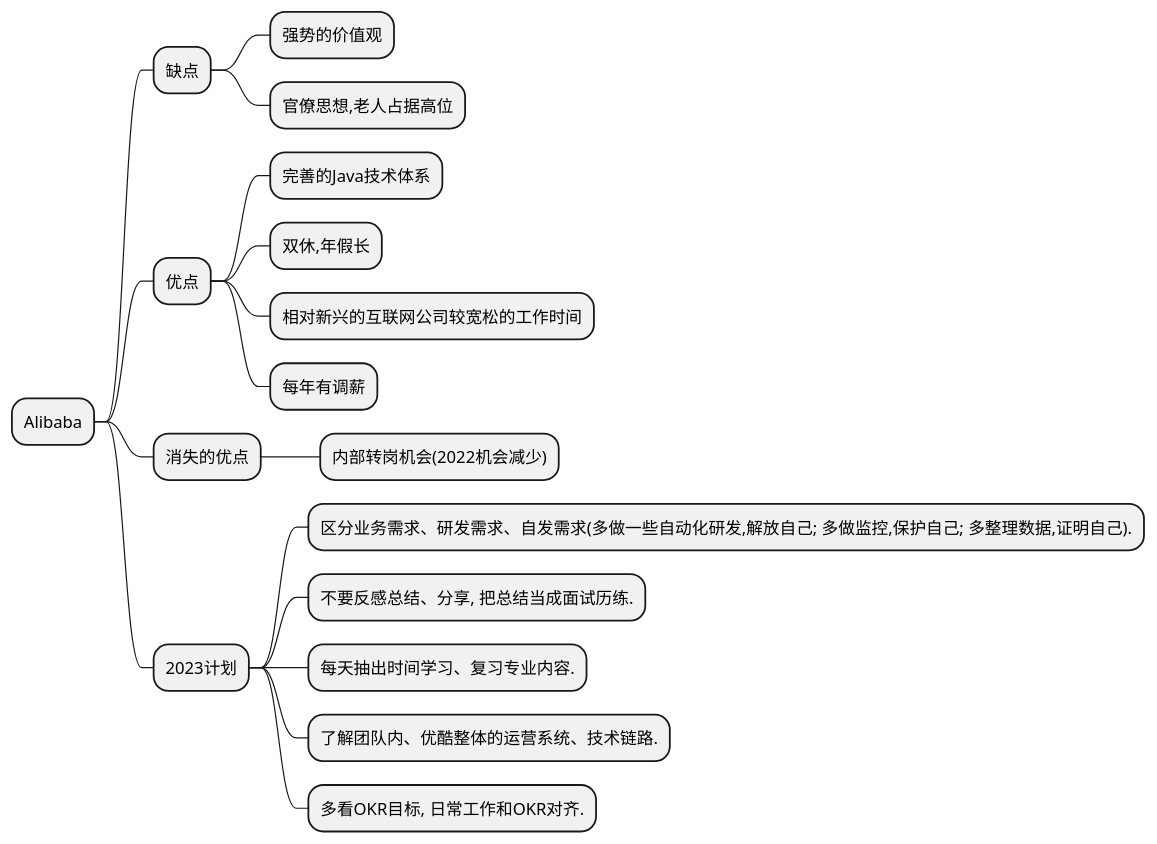
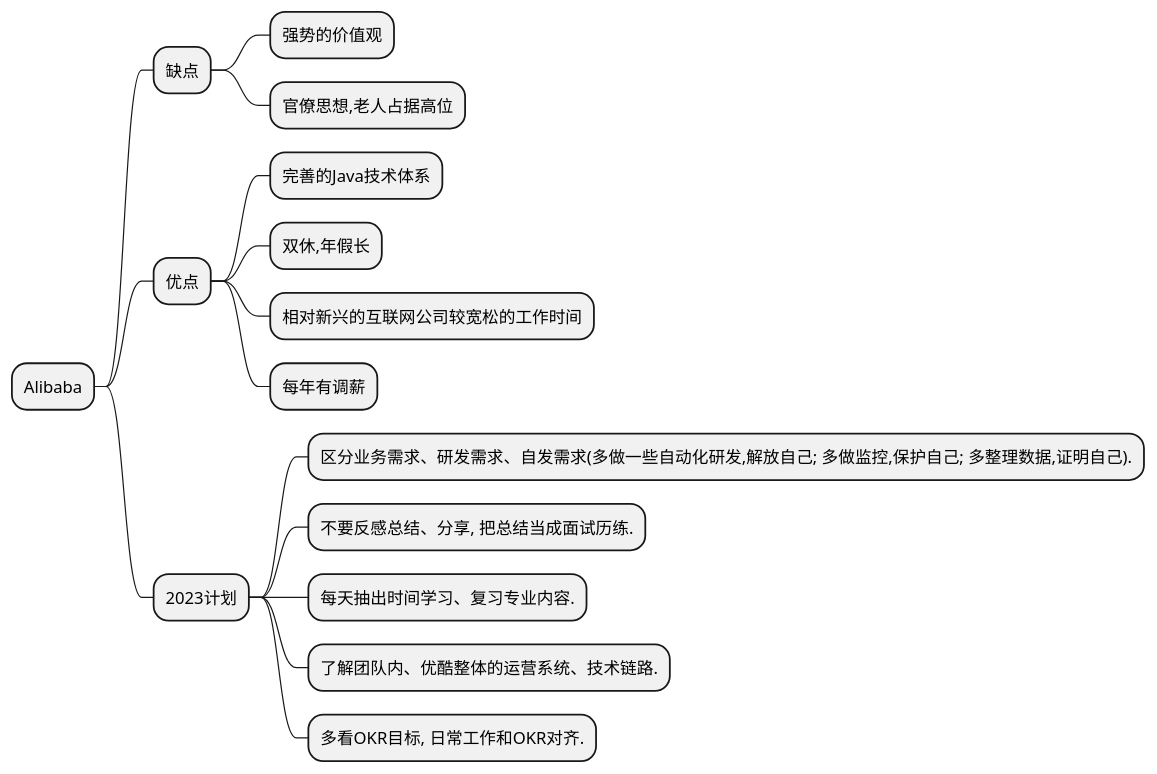
One commit to Huang2070/alpha-centauri-c changed the diagram in 总结/工作.plantuml. Above: the diagram before and after it, drawn with PlantUML. The commit also changed 5 other files, not shown here.

```diff
--- a/总结/工作.plantuml
+++ b/总结/工作.plantuml
@@ -1,24 +1,22 @@
 @startmindmap alibaba
 * Alibaba
 ** 缺点
 *** 强势的价值观
 *** 官僚思想,老人占据高位
 
 
 ** 优点
 *** 完善的Java技术体系
 *** 双休,年假长
 *** 相对新兴的互联网公司较宽松的工作时间
 *** 每年有调薪
 
-** 消失的优点
-*** 内部转岗机会(2022机会减少)
 
 ** 2023计划
 *** 区分业务需求、研发需求、自发需求(多做一些自动化研发,解放自己; 多做监控,保护自己; 多整理数据,证明自己).
 *** 不要反感总结、分享, 把总结当成面试历练.
 *** 每天抽出时间学习、复习专业内容.
 *** 了解团队内、优酷整体的运营系统、技术链路.
 *** 多看OKR目标, 日常工作和OKR对齐.
 
 @endmindmap
```
